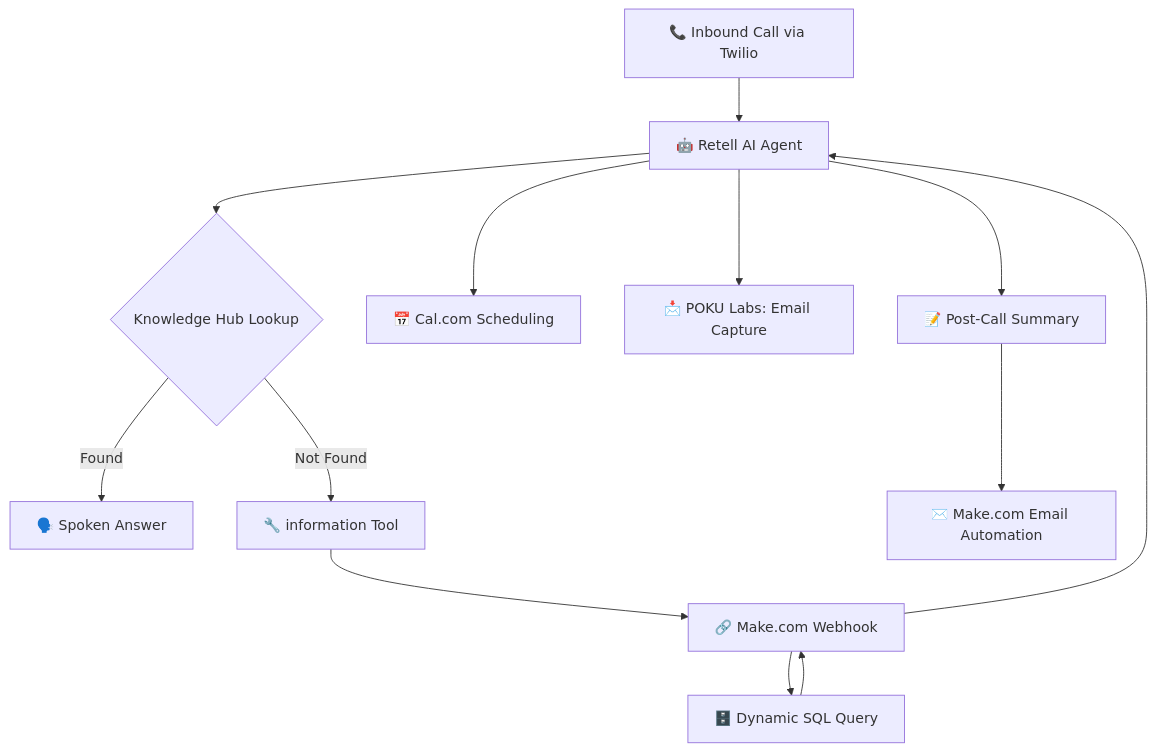
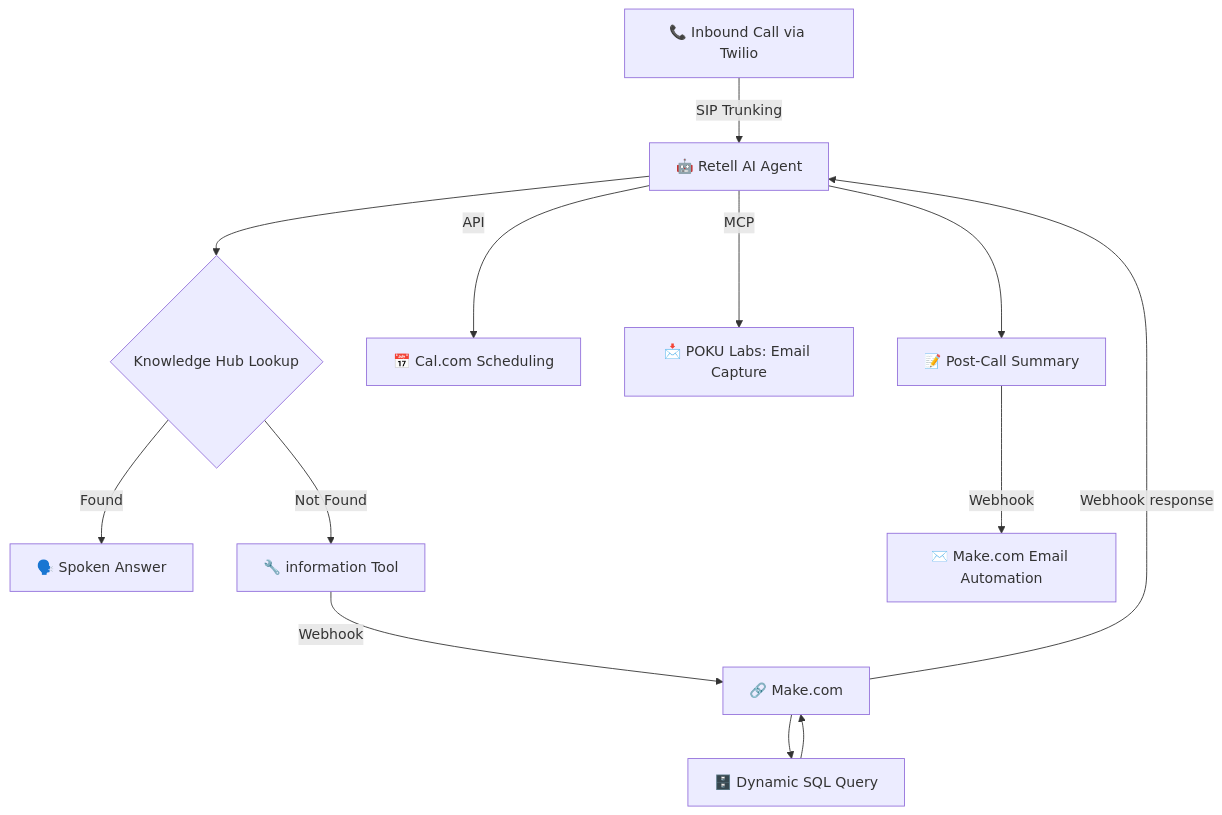
One commit to anishkatoch/Personal_AI_Voice_agent changed the first of 2 diagrams in README.md. Above: the diagram before and after it, drawn with Mermaid. The commit also changed other lines of this file, not shown here.

First line of the commit message:
Add SVG integration connection map and call sequence diagram

````diff
--- a/README.md
+++ b/README.md
@@ -43,15 +45,15 @@
 ```mermaid
 flowchart TD
-    A[📞 Inbound Call via Twilio] --> B[🤖 Retell AI Agent]
+    A[📞 Inbound Call via Twilio] -- SIP Trunking --> B[🤖 Retell AI Agent]
     B --> C{Knowledge Hub Lookup}
     C -- Found --> D[🗣️ Spoken Answer]
     C -- Not Found --> E[🔧 information Tool]
-    E --> F[🔗 Make.com Webhook]
+    E -- Webhook --> F[🔗 Make.com]
     F --> G[🗄️ Dynamic SQL Query]
     G --> F
-    F --> B
-    B --> H[📅 Cal.com Scheduling]
-    B --> I[📩 POKU Labs: Email Capture]
+    F -- Webhook response --> B
+    B -- API --> H[📅 Cal.com Scheduling]
+    B -- MCP --> I[📩 POKU Labs: Email Capture]
     B --> J[📝 Post-Call Summary]
-    J --> K[✉️ Make.com Email Automation]
+    J -- Webhook --> K[✉️ Make.com Email Automation]
 ```
````
